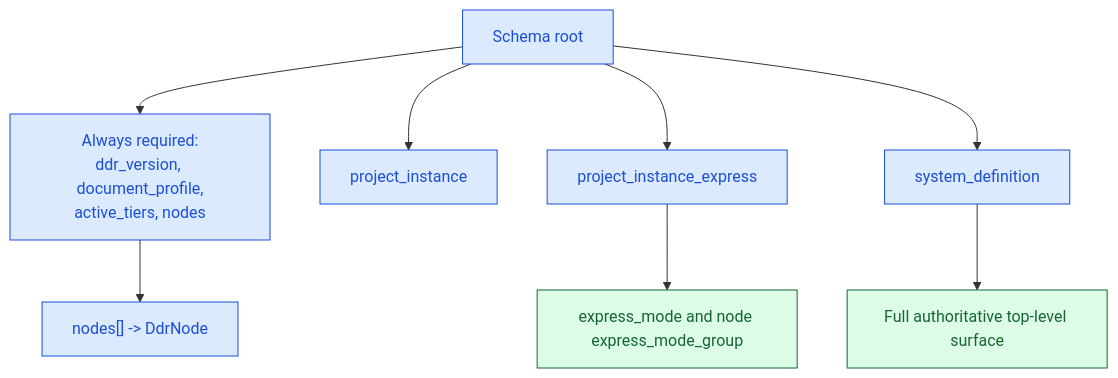
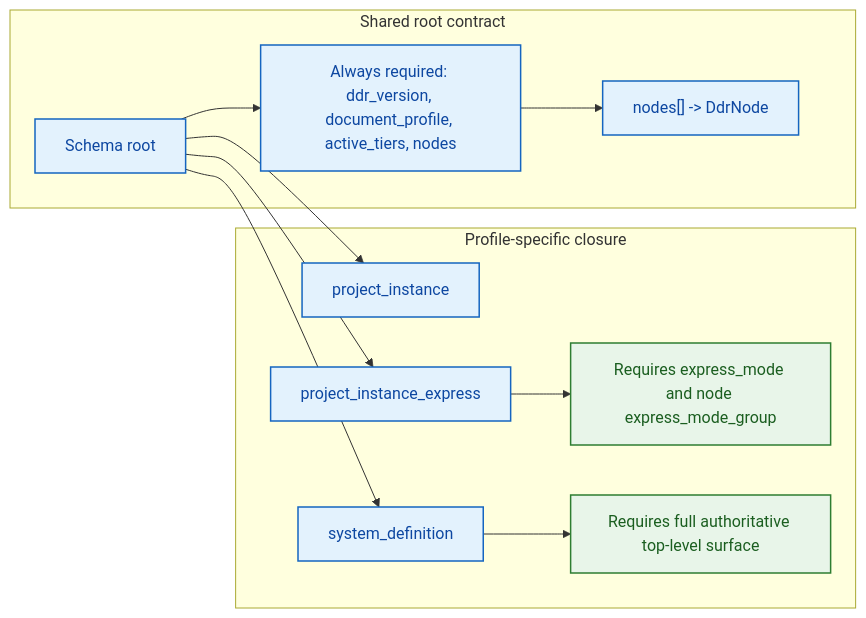
Before and after one commit to formosa/Antigravity: diagram 27 of 28 in .agent/assets/proposals/active/v6.3/ddr_ref_manual_v6.3.md, drawn with Mermaid. The commit also changed other lines of this file, not shown here.

Commit message:
docs: add DDR System v6.3 reference manual with authority and operational guidelines

````diff
--- a/.agent/assets/proposals/active/v6.3/ddr_ref_manual_v6.3.md
+++ b/.agent/assets/proposals/active/v6.3/ddr_ref_manual_v6.3.md
@@ -2141,21 +2295,27 @@
 ```mermaid
-flowchart TD
-    ROOT["Schema root"]
-    REQ["Always required:<br/>ddr_version, document_profile,<br/>active_tiers, nodes"]
-    NODES["nodes[] -> DdrNode"]
-    PI["project_instance"]
-    PIE["project_instance_express"]
-    SD["system_definition"]
-    EM["express_mode and node express_mode_group"]
-    FULL["Full authoritative top-level surface"]
+flowchart LR
+    accTitle: Profile root and schema-closure relationship
+    accDescr: Shows the shared root contract and the profile-specific closure rules enforced by the schema for project, express, and system-definition artifacts.
+    subgraph SHARED["Shared root contract"]
+        ROOT["Schema root"]
+        REQ["Always required: ddr_version, document_profile, active_tiers, nodes"]
+        NODES["nodes[] -> DdrNode"]
+    end
+    subgraph PROFILE["Profile-specific closure"]
+        PI["project_instance"]
+        PIE["project_instance_express"]
+        SD["system_definition"]
+        EM["Requires express_mode and node express_mode_group"]
+        FULL["Requires full authoritative top-level surface"]
+    end
 
     ROOT --> REQ --> NODES
     ROOT --> PI
     ROOT --> PIE --> EM
     ROOT --> SD --> FULL
 
-    classDef schema fill:#dbeafe,stroke:#1d4ed8,color:#1d4ed8;
-    classDef normative fill:#dcfce7,stroke:#166534,color:#166534;
+    classDef normative fill:#e8f5e9,stroke:#2e7d32,color:#1b5e20,stroke-width:1.5px;
+    classDef schema fill:#e3f2fd,stroke:#1565c0,color:#0d47a1,stroke-width:1.5px;
     class ROOT,REQ,NODES,PI,PIE,SD schema;
     class EM,FULL normative;
 ```
````
